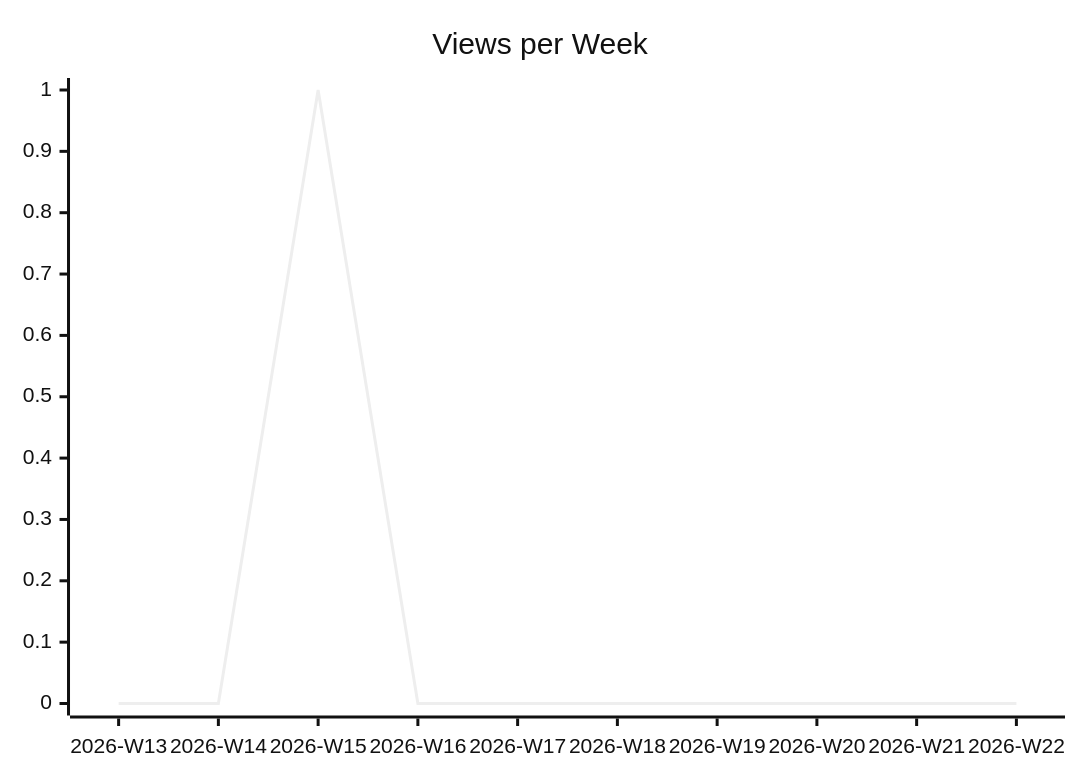
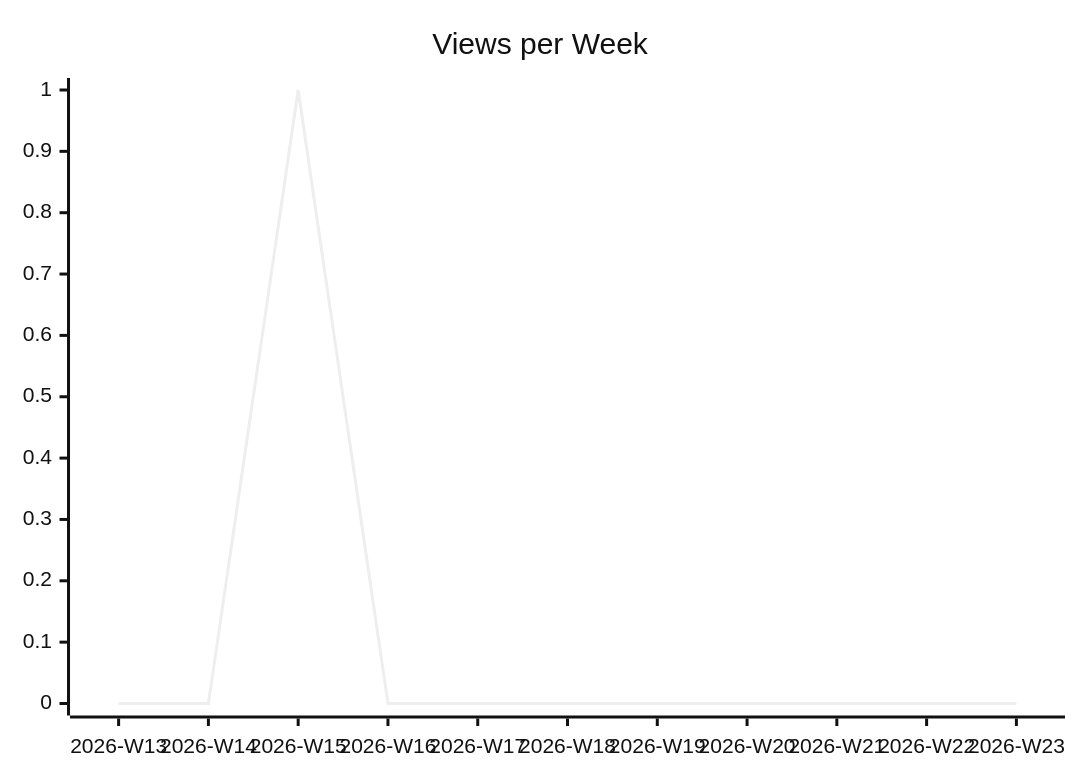
Before and after one commit to justdavis-family/github-analytics-data: the second of 3 diagrams in karlmdavis/obsidian-operator/README.md, drawn with Mermaid (neutral theme). The commit also changed other lines of this file and 186 other files, not shown here.

````diff
--- a/karlmdavis/obsidian-operator/README.md
+++ b/karlmdavis/obsidian-operator/README.md
@@ -12,6 +12,6 @@
 ```mermaid
 xychart-beta
   title "Views per Week"
-  x-axis ["2026-W13", "2026-W14", "2026-W15", "2026-W16", "2026-W17", "2026-W18", "2026-W19", "2026-W20", "2026-W21", "2026-W22"]
-  line [0, 0, 1, 0, 0, 0, 0, 0, 0, 0]
+  x-axis ["2026-W13", "2026-W14", "2026-W15", "2026-W16", "2026-W17", "2026-W18", "2026-W19", "2026-W20", "2026-W21", "2026-W22", "2026-W23"]
+  line [0, 0, 1, 0, 0, 0, 0, 0, 0, 0, 0]
 ```
````
